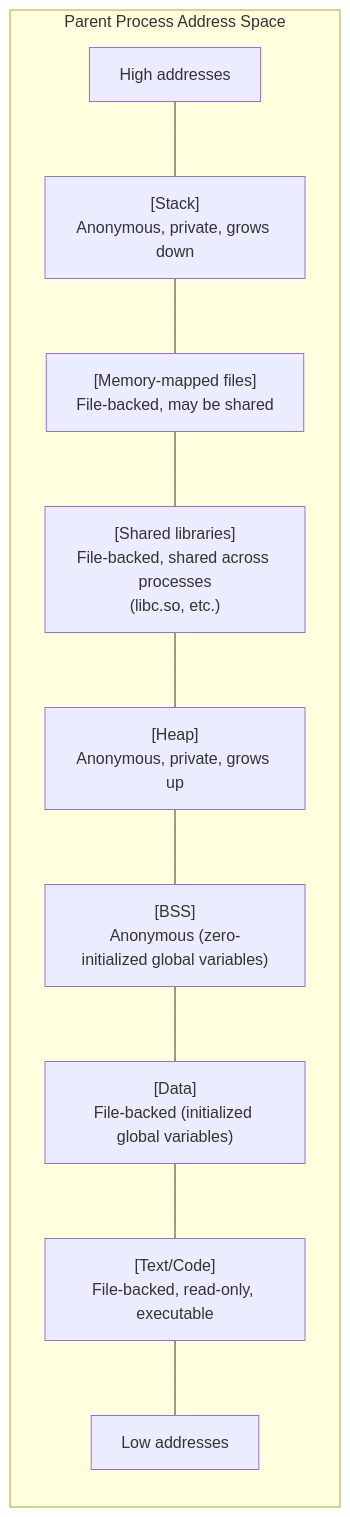
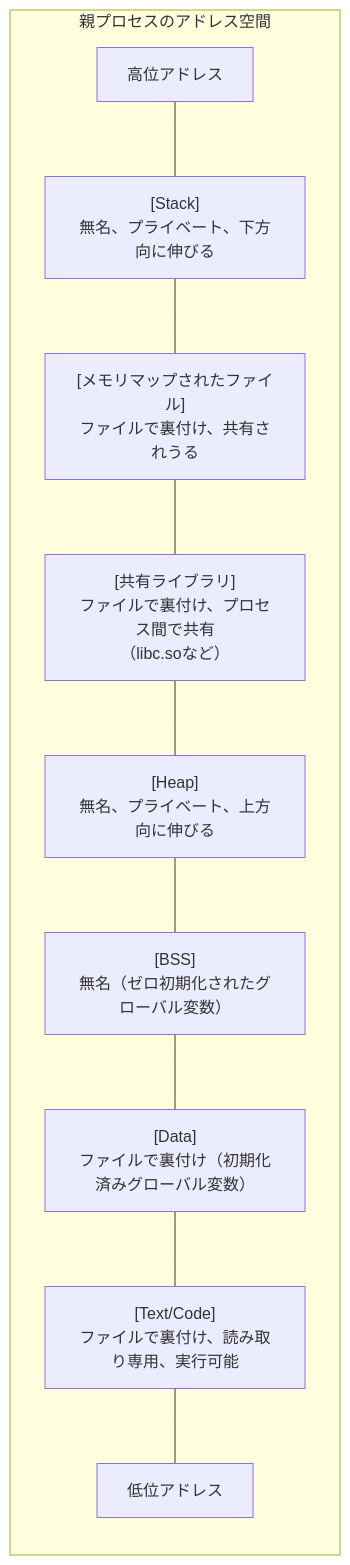
The second of 9 diagrams in docs/mm/fork.md (doguto/linux-kernel-internals-jp), drawn with Mermaid before and after one commit. The commit also changed other lines of this file and 3 other files, not shown here.

````diff
--- a/docs/mm/fork.md
+++ b/docs/mm/fork.md
@@ -52,24 +52,24 @@
 ```mermaid
 flowchart TB
-    subgraph addr["Parent Process Address Space"]
+    subgraph addr["親プロセスのアドレス空間"]
         direction TB
-        HIGH["High addresses"]
-        STACK["[Stack]<br/>Anonymous, private, grows down"]
-        MMAP["[Memory-mapped files]<br/>File-backed, may be shared"]
-        LIBS["[Shared libraries]<br/>File-backed, shared across processes<br/>(libc.so, etc.)"]
-        HEAP["[Heap]<br/>Anonymous, private, grows up"]
-        BSS["[BSS]<br/>Anonymous (zero-initialized global variables)"]
-        DATA["[Data]<br/>File-backed (initialized global variables)"]
-        TEXT["[Text/Code]<br/>File-backed, read-only, executable"]
-        LOW["Low addresses"]
+        HIGH["高位アドレス"]
+        STACK["[Stack]<br/>無名、プライベート、下方向に伸びる"]
+        MMAP["[メモリマップされたファイル]<br/>ファイルで裏付け、共有されうる"]
+        LIBS["[共有ライブラリ]<br/>ファイルで裏付け、プロセス間で共有<br/>（libc.soなど）"]
+        HEAP["[Heap]<br/>無名、プライベート、上方向に伸びる"]
+        BSS["[BSS]<br/>無名（ゼロ初期化されたグローバル変数）"]
+        DATA["[Data]<br/>ファイルで裏付け（初期化済みグローバル変数）"]
+        TEXT["[Text/Code]<br/>ファイルで裏付け、読み取り専用、実行可能"]
+        LOW["低位アドレス"]
 
         HIGH --- STACK
         STACK --- MMAP
         MMAP --- LIBS
         LIBS --- HEAP
         HEAP --- BSS
         BSS --- DATA
         DATA --- TEXT
         TEXT --- LOW
     end
 ```
````
